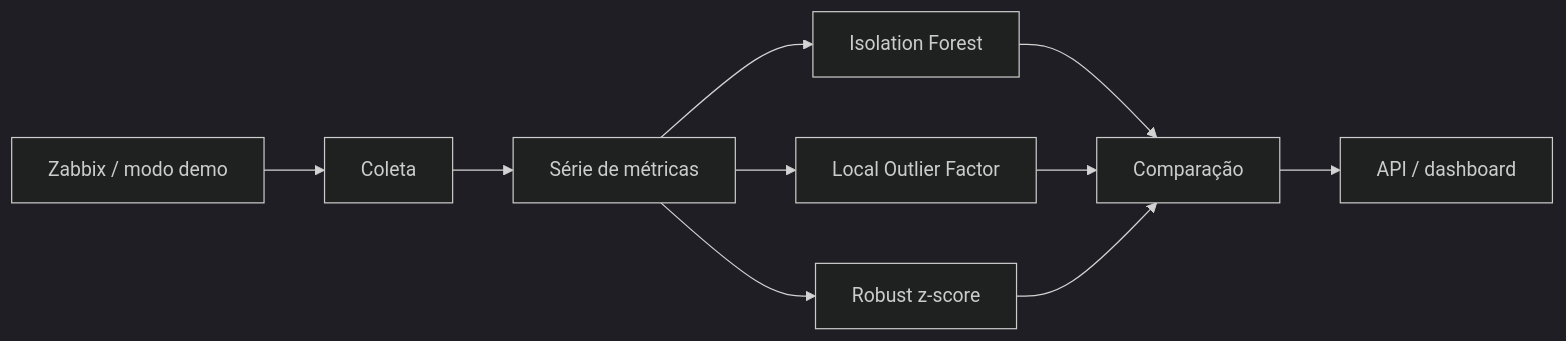
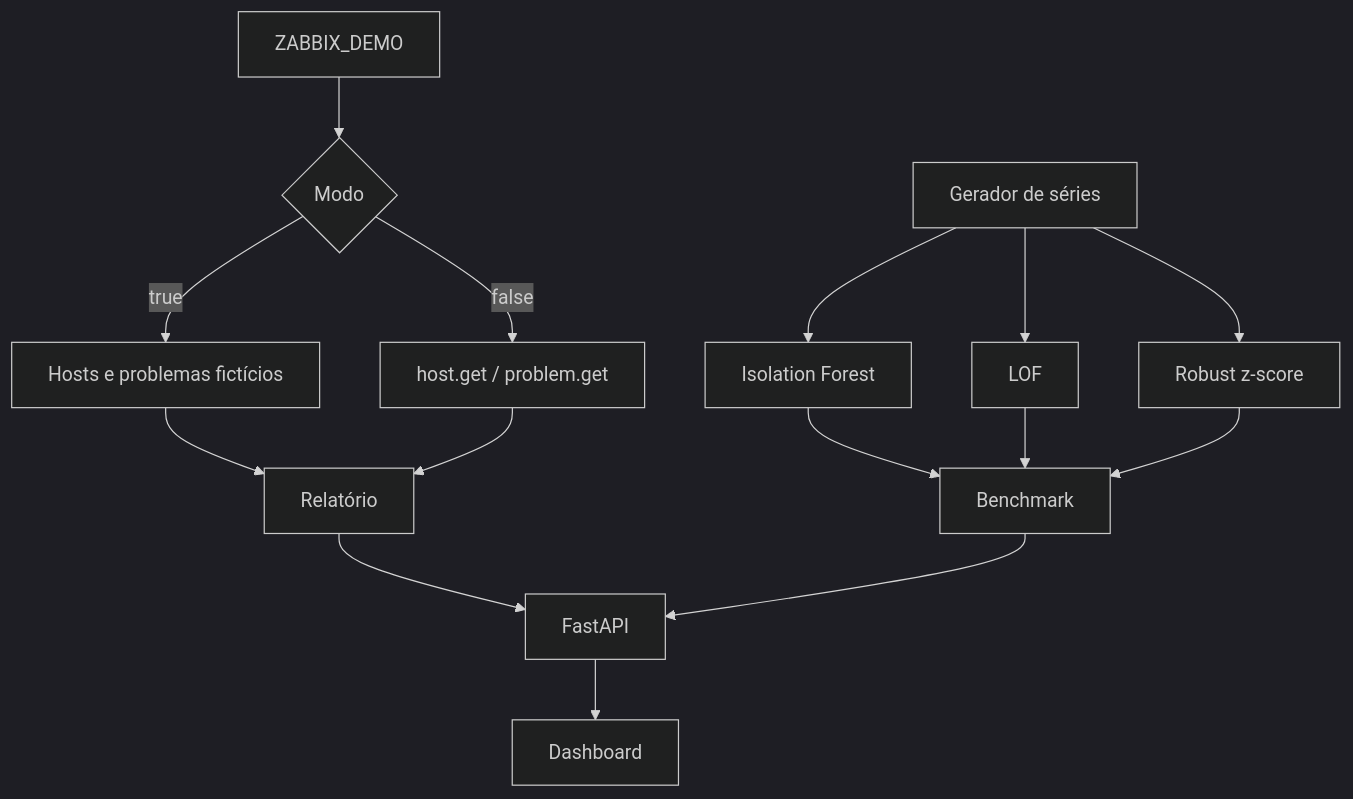
Before and after one commit to Clebin0/zabbix-automation-lab: the diagram in docs/ARCHITECTURE.md, drawn with Mermaid (dark theme). The commit also changed other lines of this file and 7 other files, not shown here.

````diff
--- a/docs/ARCHITECTURE.md
+++ b/docs/ARCHITECTURE.md
@@ -5,12 +5,17 @@
 ```mermaid
-flowchart LR
-    A[Zabbix / modo demo] --> B[Coleta]
-    B --> C[Série de métricas]
-    C --> D[Isolation Forest]
-    C --> E[Local Outlier Factor]
-    C --> F[Robust z-score]
-    D --> G[Comparação]
-    E --> G
-    F --> G
-    G --> H[API / dashboard]
+flowchart TD
+    A[ZABBIX_DEMO] --> B{Modo}
+    B -- true --> C[Hosts e problemas fictícios]
+    B -- false --> D[host.get / problem.get]
+    C --> E[Relatório]
+    D --> E
+    E --> F[FastAPI]
+    G[Gerador de séries] --> H[Isolation Forest]
+    G --> I[LOF]
+    G --> J[Robust z-score]
+    H --> K[Benchmark]
+    I --> K
+    J --> K
+    K --> F
+    F --> L[Dashboard]
 ```
````
